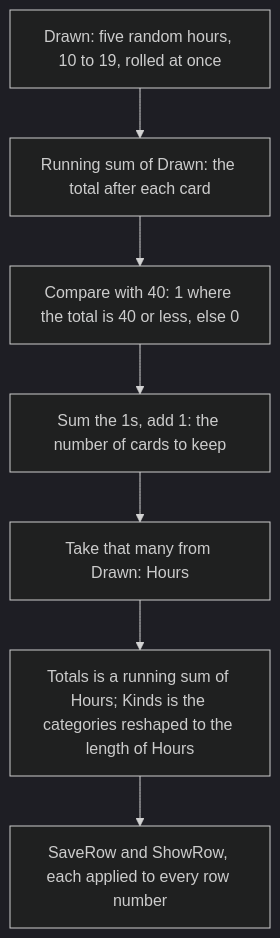
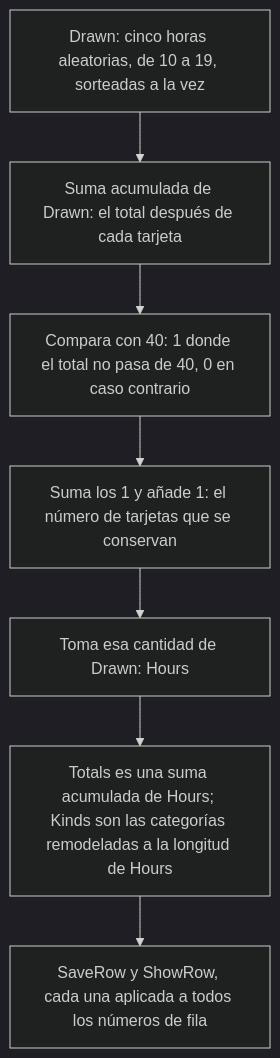
One commit to dullroar/aprende-a-programar-como-un-bicho-raro changed the diagram in src/apl/README.md. Above: the diagram before and after it, drawn with Mermaid (dark theme). The commit also changed other lines of this file and 18 other files, not shown here.

Commit message:
loop(P4-src-3): RustChallenge1, apl-weird, apl entry READMEs translated (176 segments); waivers EXC-095..102; apl guide diagrams re-synced from the apl README

````diff
--- a/src/apl/README.md
+++ b/src/apl/README.md
@@ -45,11 +45,11 @@
 ```mermaid
 flowchart TD
-    accTitle: apl: draw everything first, then let arrays decide where to stop
-    accDescr: A flowchart of data moving through whole-array operations. Five random hours between 10 and 19 are drawn at once. A running sum gives the total after each card. Comparing the totals with 40 gives ones and zeros. Summing the ones and adding one counts the cards to keep. Taking that many cards from the drawn hours gives the kept hours. The running totals and the category names, reshaped to the same length, are derived from them. Then a function applied to each row number saves each row and shows each row.
-    A["Drawn: five random hours, 10 to 19, rolled at once"] --> B["Running sum of Drawn: the total after each card"]
-    B --> C["Compare with 40: 1 where the total is 40 or less, else 0"]
-    C --> D["Sum the 1s, add 1: the number of cards to keep"]
-    D --> E["Take that many from Drawn: Hours"]
-    E --> F["Totals is a running sum of Hours; Kinds is the categories reshaped to the length of Hours"]
-    F --> G["SaveRow and ShowRow, each applied to every row number"]
+    accTitle: apl: dibuja todo primero y luego deja que los arreglos decidan dónde parar
+    accDescr: Un diagrama de flujo de los datos a través de operaciones sobre arreglos completos. Se sortean cinco horas aleatorias de 10 a 19 de una sola vez. Una suma acumulada da el total después de cada tarjeta. Al comparar los totales con 40 se obtienen unos y ceros. Al sumar los unos y añadir uno se cuenta cuántas tarjetas se conservan. Al tomar esa cantidad de tarjetas de las horas sorteadas se obtienen las horas conservadas. De ellas se derivan los totales acumulados y los nombres de las categorías, remodelados a la misma longitud. Después, una función aplicada a cada número de fila guarda cada fila y muestra cada fila.
+    A["Drawn: cinco horas aleatorias, de 10 a 19, sorteadas a la vez"] --> B["Suma acumulada de Drawn: el total después de cada tarjeta"]
+    B --> C["Compara con 40: 1 donde el total no pasa de 40, 0 en caso contrario"]
+    C --> D["Suma los 1 y añade 1: el número de tarjetas que se conservan"]
+    D --> E["Toma esa cantidad de Drawn: Hours"]
+    E --> F["Totals es una suma acumulada de Hours; Kinds son las categorías remodeladas a la longitud de Hours"]
+    F --> G["SaveRow y ShowRow, cada una aplicada a todos los números de fila"]
 ```
````
